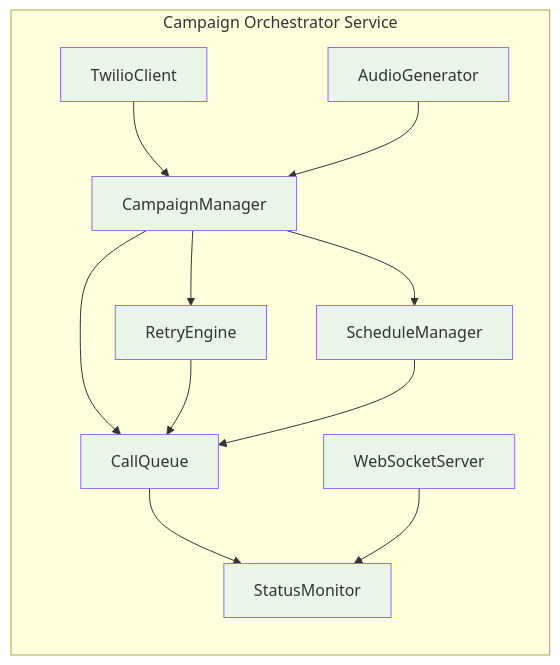
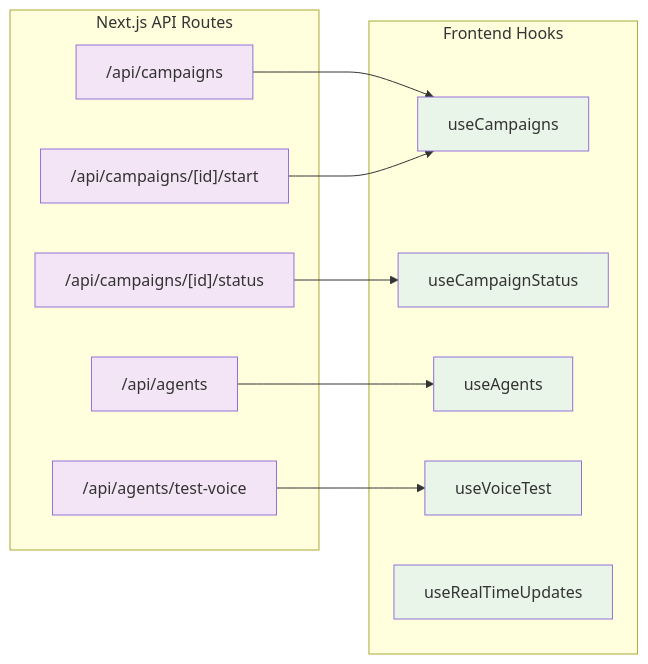
The seventh of 13 diagrams in docs/elevenlabs-architecture.md (callhenk/henk), drawn with Mermaid before and after one commit. The commit also changed other lines of this file, not shown here.

First line of the commit message:
Revise ElevenLabs architecture documentation to reflect simplified outbound campaign design

````diff
--- a/docs/elevenlabs-architecture.md
+++ b/docs/elevenlabs-architecture.md
@@ -234,26 +213,30 @@
 ```mermaid
 graph LR
-    subgraph "Campaign Orchestrator Service"
-        A[CampaignManager]
-        B[CallQueue]
-        C[RetryEngine]
-        D[ScheduleManager]
-        E[StatusMonitor]
-        F[WebSocketServer]
-        G[TwilioClient]
-        H[AudioGenerator]
+    subgraph "Next.js API Routes"
+        A["/api/campaigns"]
+        B["/api/campaigns/[id]/start"]
+        C["/api/campaigns/[id]/status"]
+        D["/api/agents"]
+        E["/api/agents/test-voice"]
     end
 
-    A --> B
-    A --> C
-    A --> D
-    B --> E
-    C --> B
-    D --> B
-    F --> E
-    G --> A
-    H --> A
+    subgraph "Frontend Hooks"
+        F[useCampaigns]
+        G[useCampaignStatus]
+        H[useAgents]
+        I[useVoiceTest]
+        J[useRealTimeUpdates]
+    end
 
-    classDef orchestrator fill:#e8f5e8
-    class A,B,C,D,E,F,G,H orchestrator
+    A --> F
+    B --> F
+    C --> G
+    D --> H
+    E --> I
+
+    classDef api fill:#f3e5f5
+    classDef hook fill:#e8f5e8
+
+    class A,B,C,D,E api
+    class F,G,H,I,J hook
 ```
````
